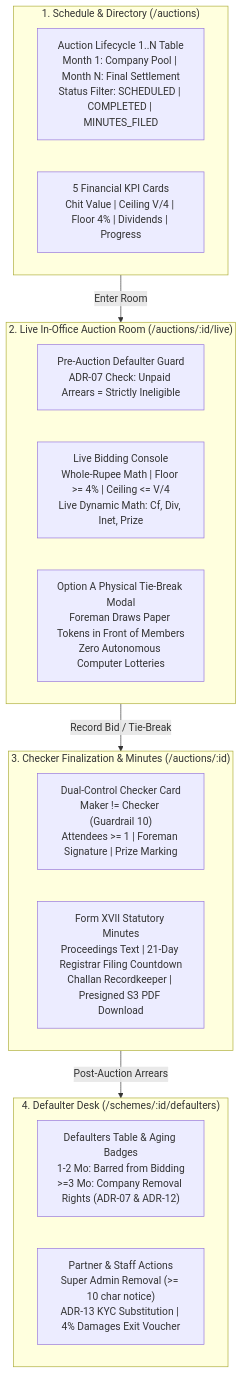
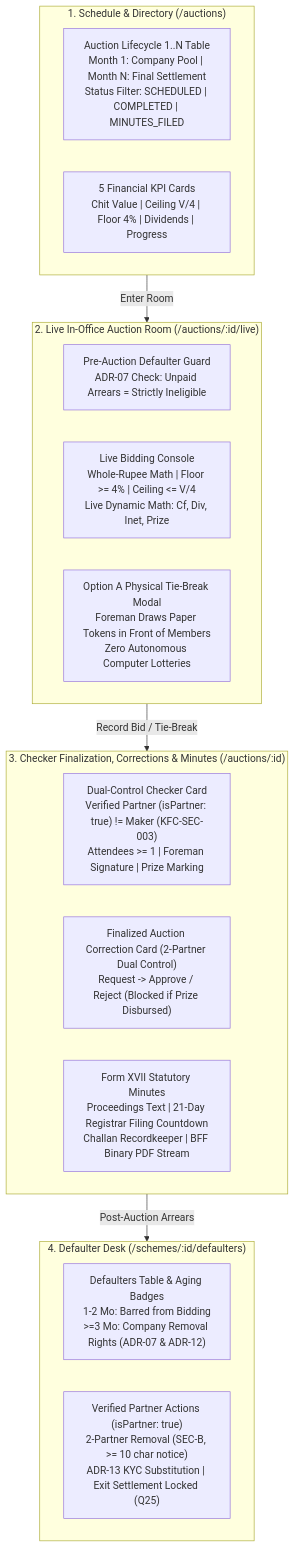
One commit to Kathir-24/Kumaran-finance changed the diagram in docs/web/auctions-console.md. Above: the diagram before and after it, drawn with Mermaid. The commit also changed other lines of this file and 4 other files, not shown here.

````diff
--- a/docs/web/auctions-console.md
+++ b/docs/web/auctions-console.md
@@ -16,27 +16,28 @@
 ```mermaid
 flowchart TD
     subgraph Schedule["1. Schedule & Directory (/auctions)"]
         Dir["Auction Lifecycle 1..N Table\nMonth 1: Company Pool | Month N: Final Settlement\nStatus Filter: SCHEDULED | COMPLETED | MINUTES_FILED"]
         KPI["5 Financial KPI Cards\nChit Value | Ceiling V/4 | Floor 4% | Dividends | Progress"]
     end
 
     subgraph Live["2. Live In-Office Auction Room (/auctions/:id/live)"]
         Roster["Pre-Auction Defaulter Guard\nADR-07 Check: Unpaid Arrears = Strictly Ineligible"]
         Console["Live Bidding Console\nWhole-Rupee Math | Floor >= 4% | Ceiling <= V/4\nLive Dynamic Math: Cf, Div, Inet, Prize"]
         Tie["Option A Physical Tie-Break Modal\nForeman Draws Paper Tokens in Front of Members\nZero Autonomous Computer Lotteries"]
     end
 
-    subgraph Finalize["3. Checker Finalization & Minutes (/auctions/:id)"]
-        Dual["Dual-Control Checker Card\nMaker != Checker (Guardrail 10)\nAttendees >= 1 | Foreman Signature | Prize Marking"]
-        Minutes["Form XVII Statutory Minutes\nProceedings Text | 21-Day Registrar Filing Countdown\nChallan Recordkeeper | Presigned S3 PDF Download"]
+    subgraph Finalize["3. Checker Finalization, Corrections & Minutes (/auctions/:id)"]
+        Dual["Dual-Control Checker Card\nVerified Partner (isPartner: true) != Maker (KFC-SEC-003)\nAttendees >= 1 | Foreman Signature | Prize Marking"]
+        Corr["Finalized Auction Correction Card (2-Partner Dual Control)\nRequest -> Approve / Reject (Blocked if Prize Disbursed)"]
+        Minutes["Form XVII Statutory Minutes\nProceedings Text | 21-Day Registrar Filing Countdown\nChallan Recordkeeper | BFF Binary PDF Stream"]
     end
 
     subgraph Defaulters["4. Defaulter Desk (/schemes/:id/defaulters)"]
         DTable["Defaulters Table & Aging Badges\n1-2 Mo: Barred from Bidding\n>=3 Mo: Company Removal Rights (ADR-07 & ADR-12)"]
-        Actions["Partner & Staff Actions\nSuper Admin Removal (>= 10 char notice)\nADR-13 KYC Substitution | 4% Damages Exit Voucher"]
+        Actions["Verified Partner Actions (isPartner: true)\n2-Partner Removal (SEC-B, >= 10 char notice)\nADR-13 KYC Substitution | Exit Settlement Locked (Q25)"]
     end
 
     Schedule -->|Enter Room| Live
     Live -->|Record Bid / Tie-Break| Finalize
     Finalize -->|Post-Auction Arrears| Defaulters
 ```
````
